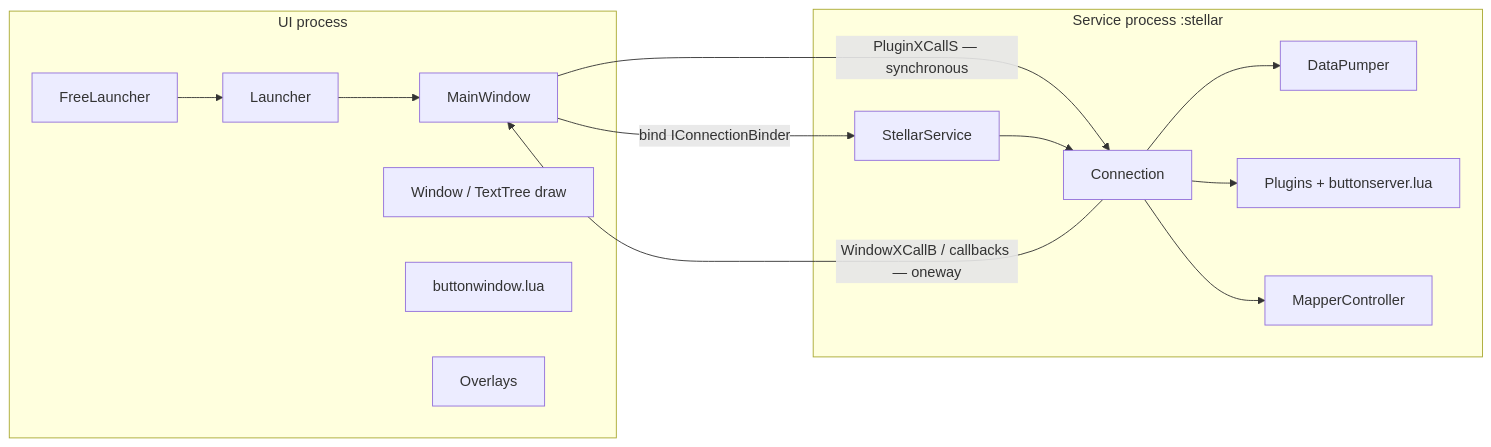
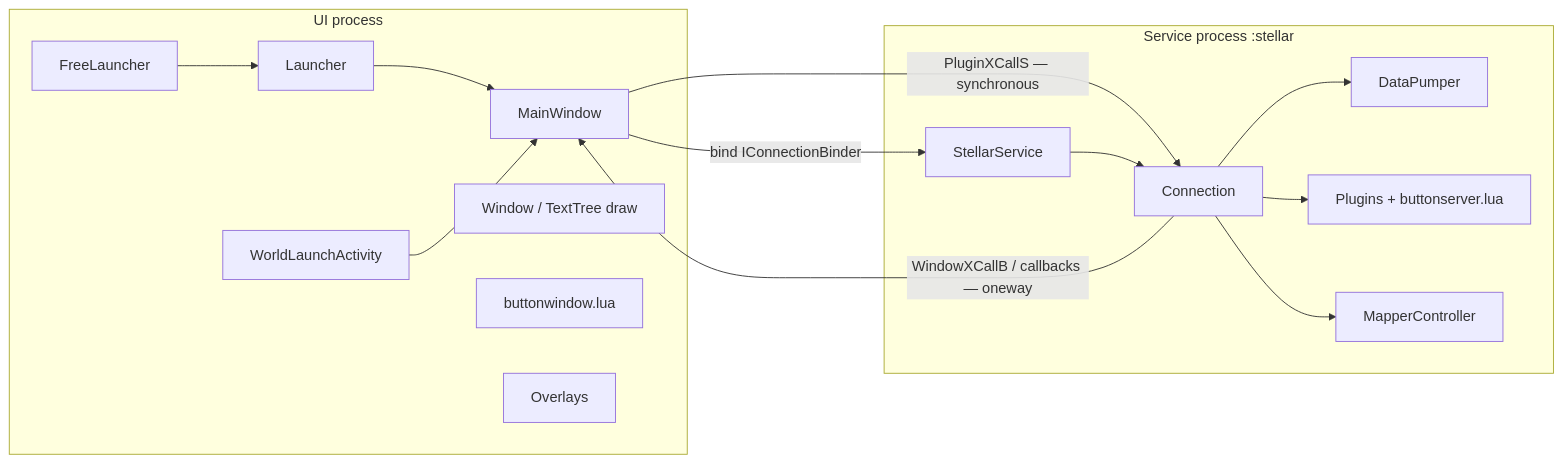
The first of 3 diagrams in docs/architecture.md (Taracair/BlowTorch2), drawn with Mermaid before and after one commit. The commit also changed other lines of this file and 8 other files, not shown here.

````diff
--- a/docs/architecture.md
+++ b/docs/architecture.md
@@ -136,26 +136,28 @@
 ```mermaid
 flowchart LR
   subgraph UI["UI process"]
     FL[FreeLauncher]
+    WL[WorldLaunchActivity]
     L[Launcher]
     MW[MainWindow]
     W[Window / TextTree draw]
     BW[buttonwindow.lua]
     OV[Overlays]
   end
   subgraph SVC["Service process :stellar"]
     SS[StellarService]
     C[Connection]
     DP[DataPumper]
     PL[Plugins + buttonserver.lua]
     MAP[MapperController]
   end
   FL --> L --> MW
+  WL --> MW
   MW -->|"bind IConnectionBinder"| SS
   MW -->|"PluginXCallS — synchronous"| C
   C -->|"WindowXCallB / callbacks — oneway"| MW
   SS --> C
   C --> DP
   C --> PL
   C --> MAP
 ```
````
